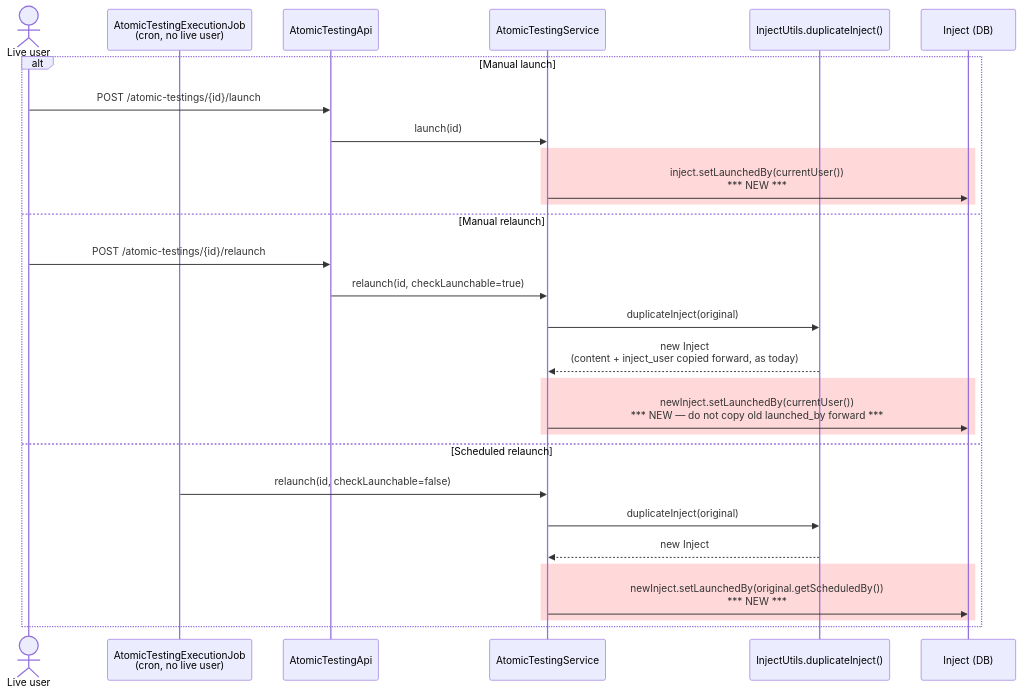
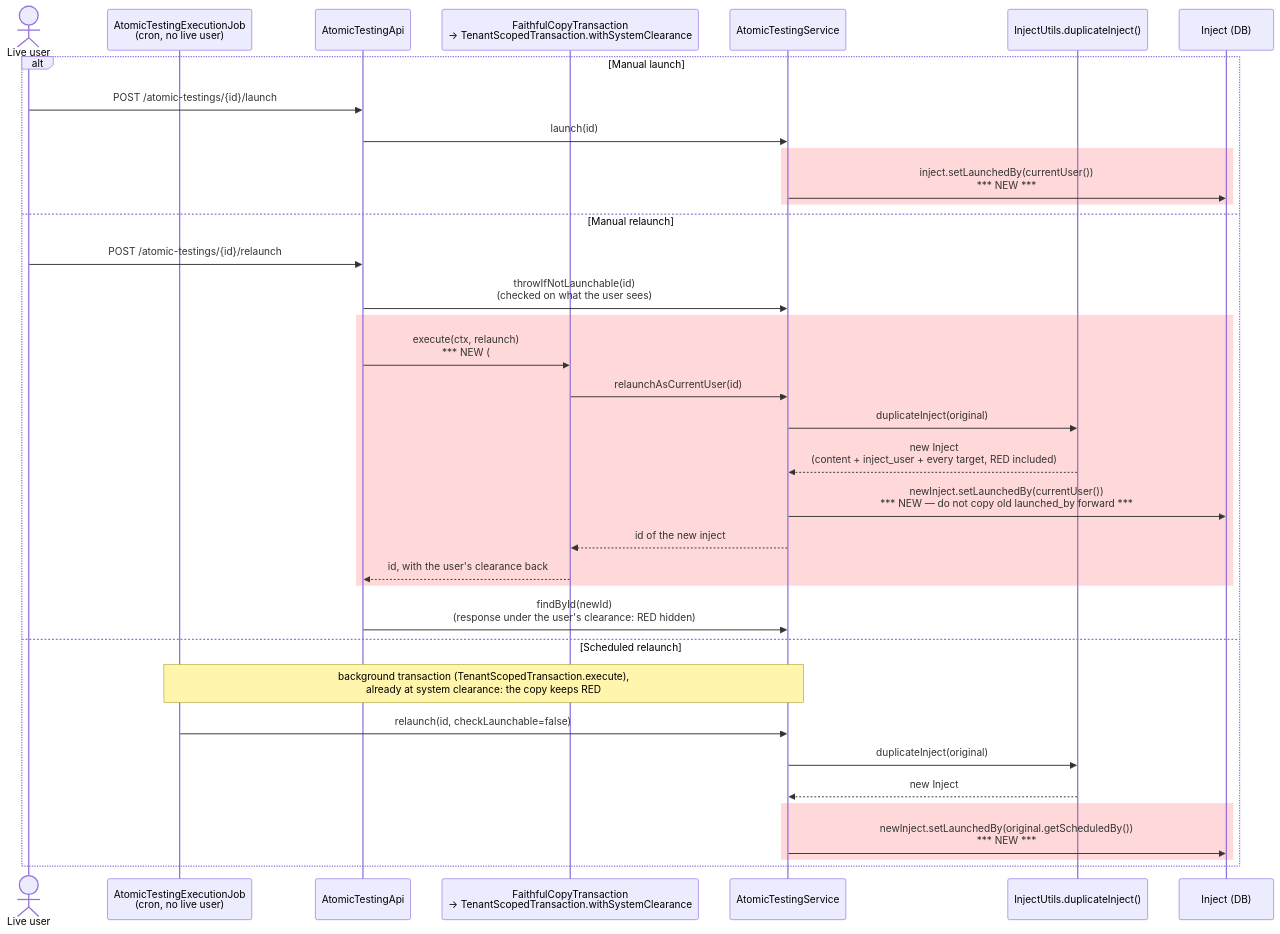
One commit to OpenAEV-Platform/openaev changed the third of 8 diagrams in brainstorming/marking/task4/tech-design.md. Above: the diagram before and after it, drawn with Mermaid. The commit also changed other lines of this file and 23 other files, not shown here.

Commit message:
fix(marking): copy/duplicate (#8726) (#8767)

````diff
--- a/brainstorming/marking/task4/tech-design.md
+++ b/brainstorming/marking/task4/tech-design.md
@@ -211,32 +211,39 @@
 ```mermaid
 sequenceDiagram
     actor U as Live user
     participant SCHED as AtomicTestingExecutionJob<br/>(cron, no live user)
     participant API as AtomicTestingApi
+    participant FC as FaithfulCopyTransaction<br/>→ TenantScopedTransaction.withSystemClearance
     participant SVC as AtomicTestingService
     participant DUP as InjectUtils.duplicateInject()
     participant INJ as Inject (DB)
 
     alt Manual launch
         U->>API: POST /atomic-testings/{id}/launch
         API->>SVC: launch(id)
         rect rgba(255, 0, 0, 0.15)
             SVC->>INJ: inject.setLaunchedBy(currentUser())<br/>*** NEW ***
         end
     else Manual relaunch
         U->>API: POST /atomic-testings/{id}/relaunch
-        API->>SVC: relaunch(id, checkLaunchable=true)
-        SVC->>DUP: duplicateInject(original)
-        DUP-->>SVC: new Inject<br/>(content + inject_user copied forward, as today)
+        API->>SVC: throwIfNotLaunchable(id)<br/>(checked on what the user sees)
         rect rgba(255, 0, 0, 0.15)
+            API->>FC: execute(ctx, relaunch)<br/>*** NEW (#8726) — every marking of the tenant ***
+            FC->>SVC: relaunchAsCurrentUser(id)
+            SVC->>DUP: duplicateInject(original)
+            DUP-->>SVC: new Inject<br/>(content + inject_user + every target, RED included)
             SVC->>INJ: newInject.setLaunchedBy(currentUser())<br/>*** NEW — do not copy old launched_by forward ***
+            SVC-->>FC: id of the new inject
+            FC-->>API: id, with the user's clearance back
         end
+        API->>SVC: findById(newId)<br/>(response under the user's clearance: RED hidden)
     else Scheduled relaunch
+        Note over SCHED,SVC: background transaction (TenantScopedTransaction.execute),<br/>already at system clearance: the copy keeps RED
         SCHED->>SVC: relaunch(id, checkLaunchable=false)
         SVC->>DUP: duplicateInject(original)
         DUP-->>SVC: new Inject
         rect rgba(255, 0, 0, 0.15)
             SVC->>INJ: newInject.setLaunchedBy(original.getScheduledBy())<br/>*** NEW ***
         end
     end
 ```
````
